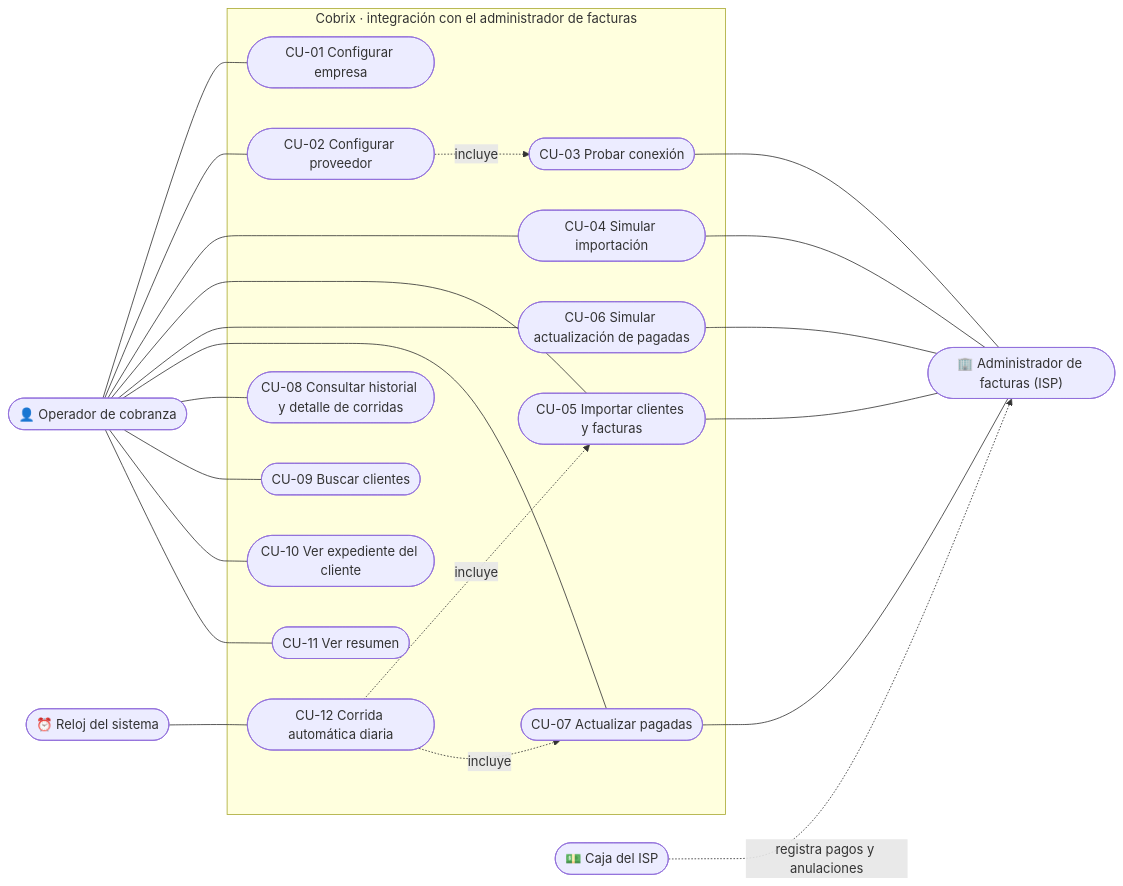
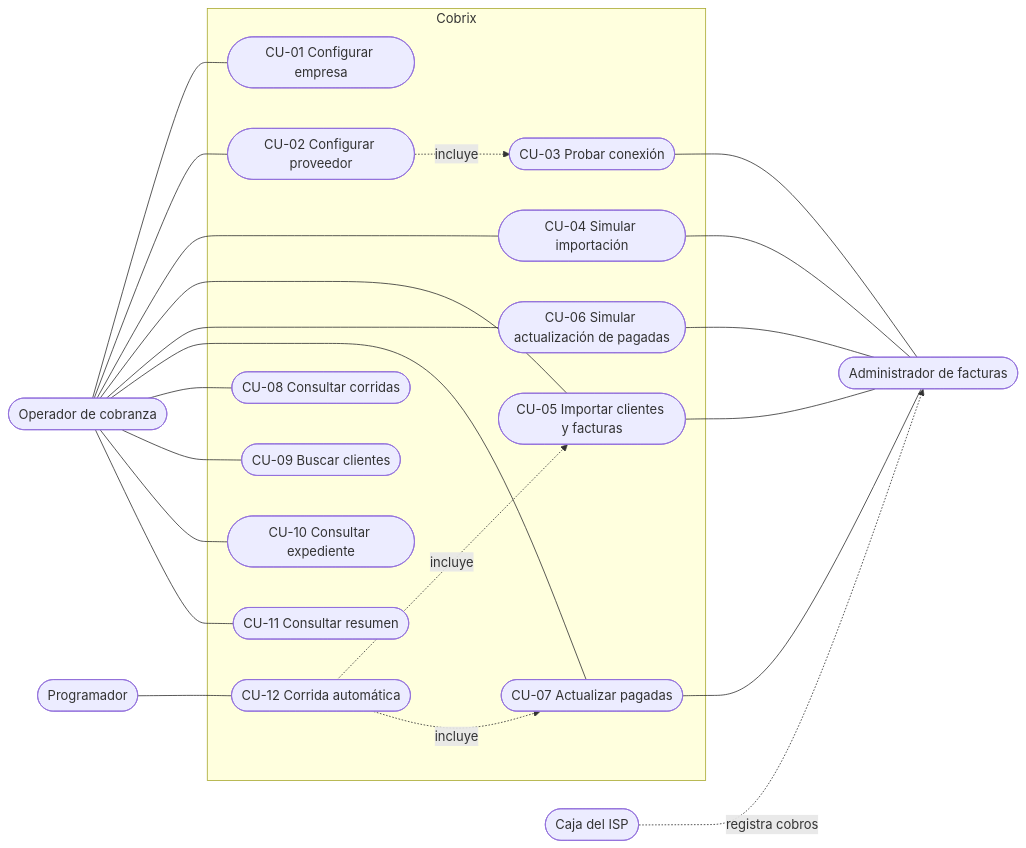
Before and after one commit to robydaniel45san/Cobrix-Api-Prueba-Tecnica-Duran-Roby: the first of 11 diagrams in docs/DISENO.md, drawn with Mermaid. The commit also changed other lines of this file and 1 other file, not shown here.

````diff
--- a/docs/DISENO.md
+++ b/docs/DISENO.md
@@ -51,30 +48,30 @@
 ```mermaid
 flowchart LR
-    OP(["👤 Operador de cobranza"])
-    RELOJ(["⏰ Reloj del sistema"])
-    ISP(["🏢 Administrador de facturas (ISP)"])
-    CAJA(["💵 Caja del ISP"])
+    OP(["Operador de cobranza"])
+    PROG(["Programador"])
+    ISP(["Administrador de facturas"])
+    CAJA(["Caja del ISP"])
 
-    subgraph COBRIX["Cobrix · integración con el administrador de facturas"]
+    subgraph COBRIX["Cobrix"]
         CU01(["CU-01 Configurar empresa"])
         CU02(["CU-02 Configurar proveedor"])
         CU03(["CU-03 Probar conexión"])
         CU04(["CU-04 Simular importación"])
         CU05(["CU-05 Importar clientes y facturas"])
         CU06(["CU-06 Simular actualización de pagadas"])
         CU07(["CU-07 Actualizar pagadas"])
-        CU08(["CU-08 Consultar historial y detalle de corridas"])
+        CU08(["CU-08 Consultar corridas"])
         CU09(["CU-09 Buscar clientes"])
-        CU10(["CU-10 Ver expediente del cliente"])
-        CU11(["CU-11 Ver resumen"])
-        CU12(["CU-12 Corrida automática diaria"])
+        CU10(["CU-10 Consultar expediente"])
+        CU11(["CU-11 Consultar resumen"])
+        CU12(["CU-12 Corrida automática"])
     end
 
     OP --- CU01 & CU02 & CU04 & CU05 & CU06 & CU07 & CU08 & CU09 & CU10 & CU11
     CU02 -. incluye .-> CU03
-    RELOJ --- CU12
+    PROG --- CU12
     CU12 -. incluye .-> CU05
     CU12 -. incluye .-> CU07
     CU03 & CU04 & CU05 & CU06 & CU07 --- ISP
-    CAJA -. registra pagos y anulaciones .-> ISP
+    CAJA -. registra cobros .-> ISP
 ```
````
